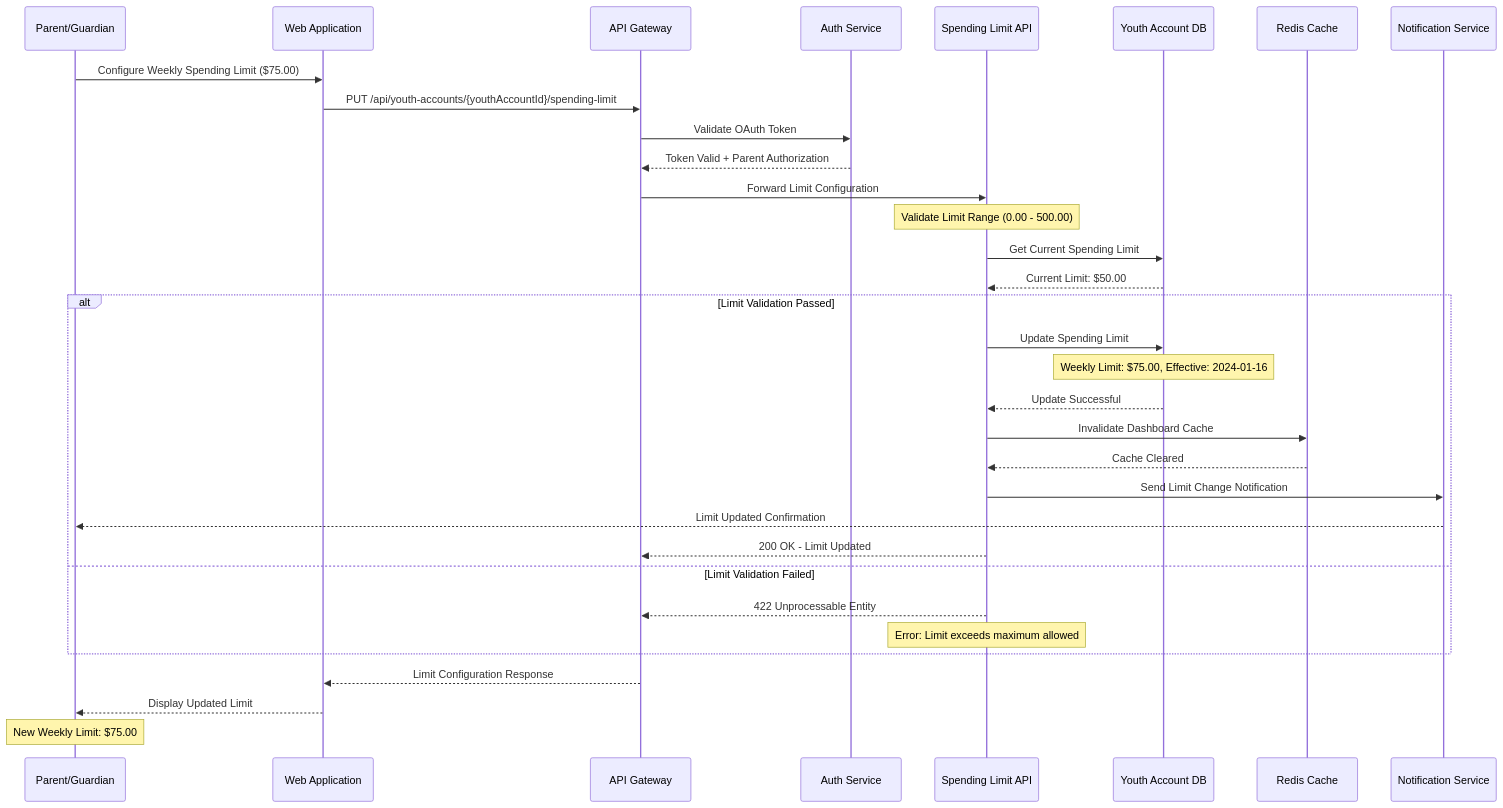
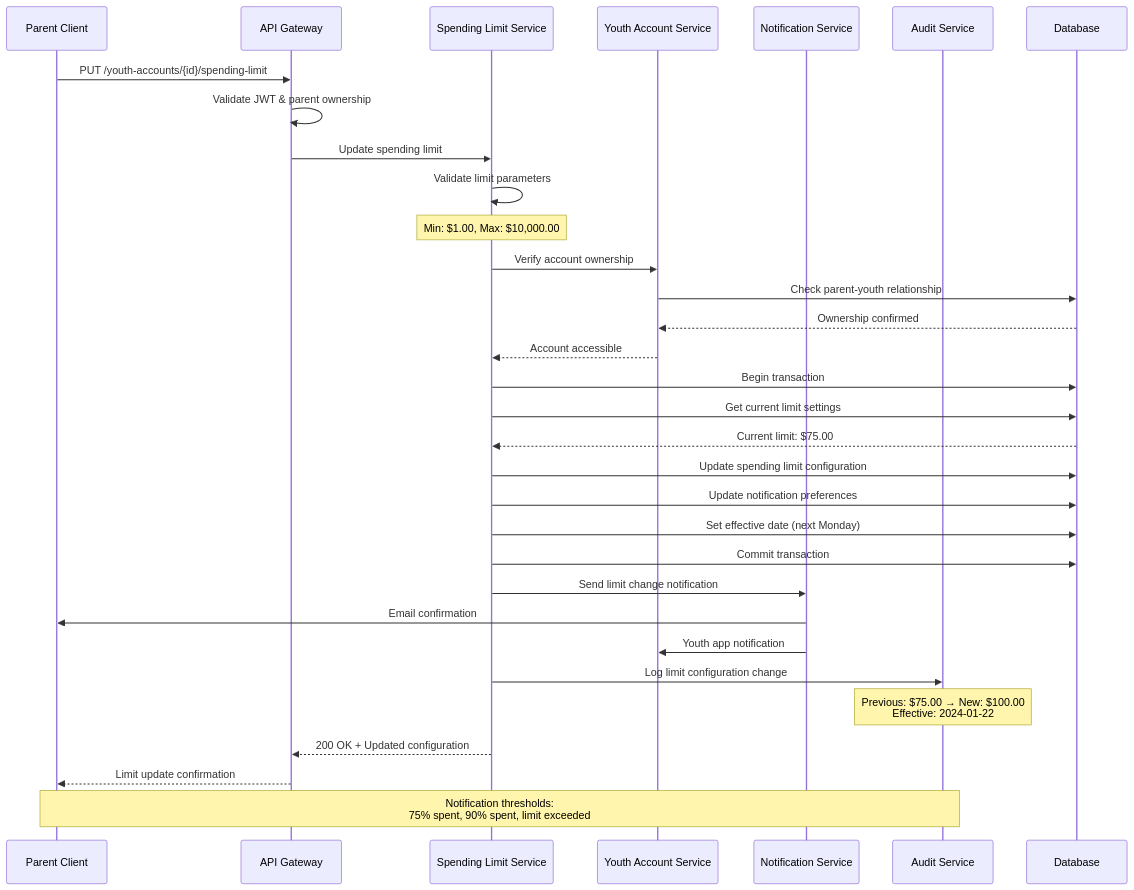
The fourth of 7 diagrams in API Development/Components and Sequence Diagrams/sequence_diagram.md (ThapaswiASC/SCIB-INCEPTION-PHASE-DEMO), drawn with Mermaid before and after one commit. The commit also changed other lines of this file and 1 other file, not shown here.

````diff
--- a/API Development/Components and Sequence Diagrams/sequence_diagram.md
+++ b/API Development/Components and Sequence Diagrams/sequence_diagram.md
@@ -132,44 +186,43 @@
 ```mermaid
 sequenceDiagram
-    participant Parent as Parent/Guardian
-    participant WebApp as Web Application
-    participant APIGateway as API Gateway
-    participant AuthService as Auth Service
-    participant LimitAPI as Spending Limit API
-    participant Database as Youth Account DB
-    participant Cache as Redis Cache
-    participant NotificationSvc as Notification Service
-
-    Parent->>WebApp: Configure Weekly Spending Limit ($75.00)
-    WebApp->>APIGateway: PUT /api/youth-accounts/{youthAccountId}/spending-limit
+    participant Parent as Parent Client
+    participant Gateway as API Gateway
+    participant LimitSvc as Spending Limit Service
+    participant YouthSvc as Youth Account Service
+    participant NotifSvc as Notification Service
+    participant Audit as Audit Service
+    participant DB as Database
     
-    APIGateway->>AuthService: Validate OAuth Token
-    AuthService-->>APIGateway: Token Valid + Parent Authorization
+    Parent->>Gateway: PUT /youth-accounts/{id}/spending-limit
+    Gateway->>Gateway: Validate JWT & parent ownership
+    Gateway->>LimitSvc: Update spending limit
     
-    APIGateway->>LimitAPI: Forward Limit Configuration
-    Note over LimitAPI: Validate Limit Range (0.00 - 500.00)
+    LimitSvc->>LimitSvc: Validate limit parameters
+    Note over LimitSvc: Min: $1.00, Max: $10,000.00
     
-    LimitAPI->>Database: Get Current Spending Limit
-    Database-->>LimitAPI: Current Limit: $50.00
+    LimitSvc->>YouthSvc: Verify account ownership
+    YouthSvc->>DB: Check parent-youth relationship
+    DB-->>YouthSvc: Ownership confirmed
+    YouthSvc-->>LimitSvc: Account accessible
     
-    alt Limit Validation Passed
-        LimitAPI->>Database: Update Spending Limit
-        Note over Database: Weekly Limit: $75.00, Effective: 2024-01-16
-        Database-->>LimitAPI: Update Successful
-        
-        LimitAPI->>Cache: Invalidate Dashboard Cache
-        Cache-->>LimitAPI: Cache Cleared
-        
-        LimitAPI->>NotificationSvc: Send Limit Change Notification
-        NotificationSvc-->>Parent: Limit Updated Confirmation
-        
-        LimitAPI-->>APIGateway: 200 OK - Limit Updated
-    else Limit Validation Failed
-        LimitAPI-->>APIGateway: 422 Unprocessable Entity
-        Note over LimitAPI: Error: Limit exceeds maximum allowed
-    end
+    LimitSvc->>DB: Begin transaction
+    LimitSvc->>DB: Get current limit settings
+    DB-->>LimitSvc: Current limit: $75.00
     
-    APIGateway-->>WebApp: Limit Configuration Response
-    WebApp-->>Parent: Display Updated Limit
-    Note over Parent: New Weekly Limit: $75.00
+    LimitSvc->>DB: Update spending limit configuration
+    LimitSvc->>DB: Update notification preferences
+    LimitSvc->>DB: Set effective date (next Monday)
+    LimitSvc->>DB: Commit transaction
+    
+    LimitSvc->>NotifSvc: Send limit change notification
+    NotifSvc->>Parent: Email confirmation
+    NotifSvc->>YouthSvc: Youth app notification
+    
+    LimitSvc->>Audit: Log limit configuration change
+    Note over Audit: Previous: $75.00 → New: $100.00<br/>Effective: 2024-01-22
+    
+    LimitSvc-->>Gateway: 200 OK + Updated configuration
+    Gateway-->>Parent: Limit update confirmation
+    
+    Note over Parent,Audit: Notification thresholds:<br/>75% spent, 90% spent, limit exceeded
 ```
````
